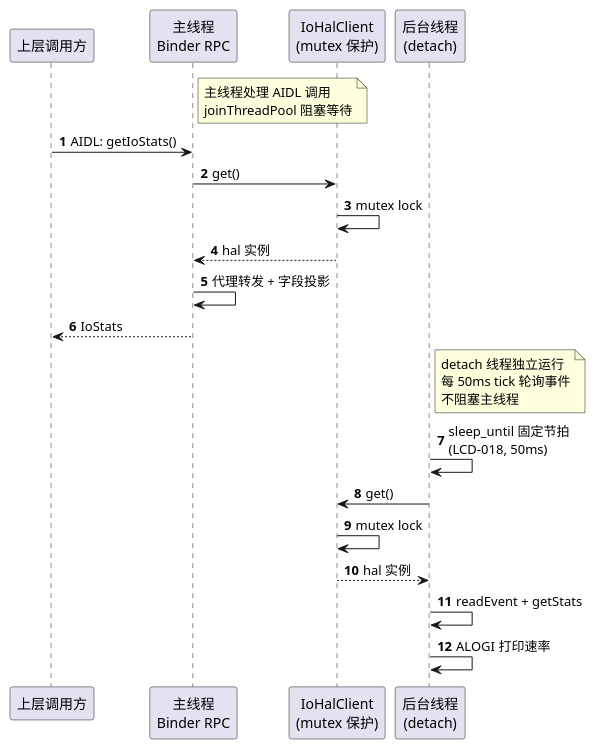
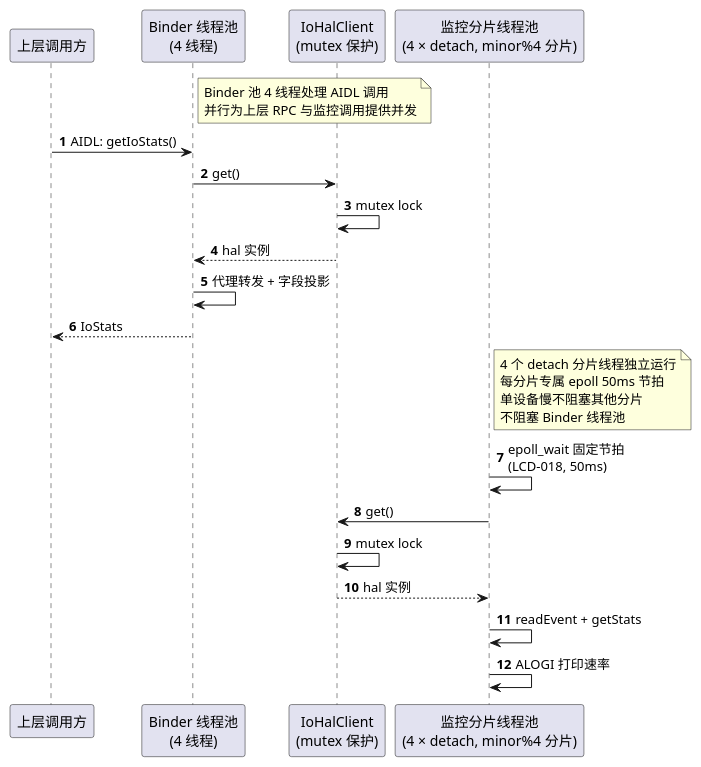
The seventh of 17 diagrams in docs/02-IO增强/02.03-Daemon增强-lciod-daemon.md (lechao365/AndroidSystemEnhance), drawn with PlantUML before and after one commit. The commit also changed other lines of this file and 118 other files, not shown here.

````diff
--- a/docs/02-IO增强/02.03-Daemon增强-lciod-daemon.md
+++ b/docs/02-IO增强/02.03-Daemon增强-lciod-daemon.md
@@ -277,27 +291,27 @@
 ```plantuml
 @startuml
 autonumber
 participant "上层调用方" as UP
-participant "主线程\nBinder RPC" as MAIN
+participant "Binder 线程池\n(4 线程)" as MAIN
 participant "IoHalClient\n(mutex 保护)" as CLIENT
-participant "后台线程\n(detach)" as MON
+participant "监控分片线程池\n(4 × detach, minor%4 分片)" as MON
 
-note right of MAIN: 主线程处理 AIDL 调用\njoinThreadPool 阻塞等待
+note right of MAIN: Binder 池 4 线程处理 AIDL 调用\n并行为上层 RPC 与监控调用提供并发
 
 UP -> MAIN : AIDL: getIoStats()
 MAIN -> CLIENT : get()
 CLIENT -> CLIENT : mutex lock
 CLIENT --> MAIN : hal 实例
 MAIN -> MAIN : 代理转发 + 字段投影
 MAIN --> UP : IoStats
 
-note right of MON: detach 线程独立运行\n每 50ms tick 轮询事件\n不阻塞主线程
+note right of MON: 4 个 detach 分片线程独立运行\n每分片专属 epoll 50ms 节拍\n单设备慢不阻塞其他分片\n不阻塞 Binder 线程池
 
-MON -> MON : sleep_until 固定节拍\n(LCD-018, 50ms)
+MON -> MON : epoll_wait 固定节拍\n(LCD-018, 50ms)
 MON -> CLIENT : get()
 CLIENT -> CLIENT : mutex lock
 CLIENT --> MON : hal 实例
 MON -> MON : readEvent + getStats
 MON -> MON : ALOGI 打印速率
 @enduml
 ```
````
